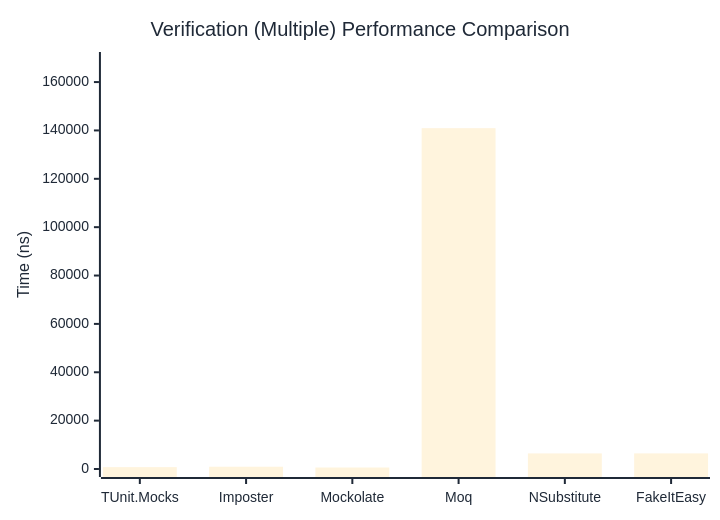
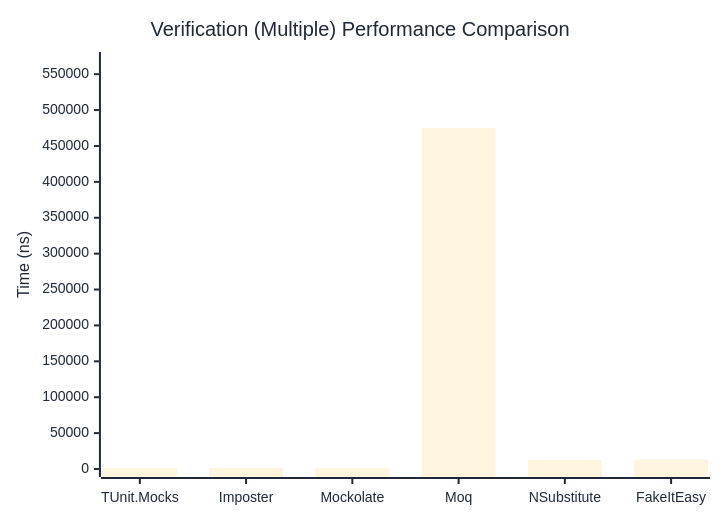
Before and after one commit to thomhurst/TUnit: the third of 3 diagrams in docs/docs/benchmarks/mocks/Verification.md, drawn with Mermaid. The commit also changed other lines of this file and 14 other files, not shown here.

````diff
--- a/docs/docs/benchmarks/mocks/Verification.md
+++ b/docs/docs/benchmarks/mocks/Verification.md
@@ -112,27 +112,27 @@
 ```mermaid
 %%{init: {
   'theme':'base',
   'themeVariables': {
     'primaryColor': '#2563eb',
     'primaryTextColor': '#1f2937',
     'primaryBorderColor': '#1e40af',
     'lineColor': '#6b7280',
     'secondaryColor': '#7c3aed',
     'tertiaryColor': '#dc2626',
     'background': '#ffffff',
     'pie1': '#2563eb',
     'pie2': '#7c3aed',
     'pie3': '#dc2626',
     'pie4': '#f59e0b',
     'pie5': '#10b981',
     'pie6': '#06b6d4',
     'pie7': '#ec4899',
     'pie8': '#6366f1'
   }
 }}%%
 xychart-beta
   title "Verification (Multiple) Performance Comparison"
   x-axis ["TUnit.Mocks", "Imposter", "Mockolate", "Moq", "NSubstitute", "FakeItEasy"]
-  y-axis "Time (ns)" 0 --> 169125
-  bar [766.5, 937.25, 615.03, 140937.29, 6445.11, 6453.61]
+  y-axis "Time (ns)" 0 --> 569754
+  bar [1247.17, 1677.34, 1082.03, 474794.29, 12689.22, 13173.4]
 ```
````
